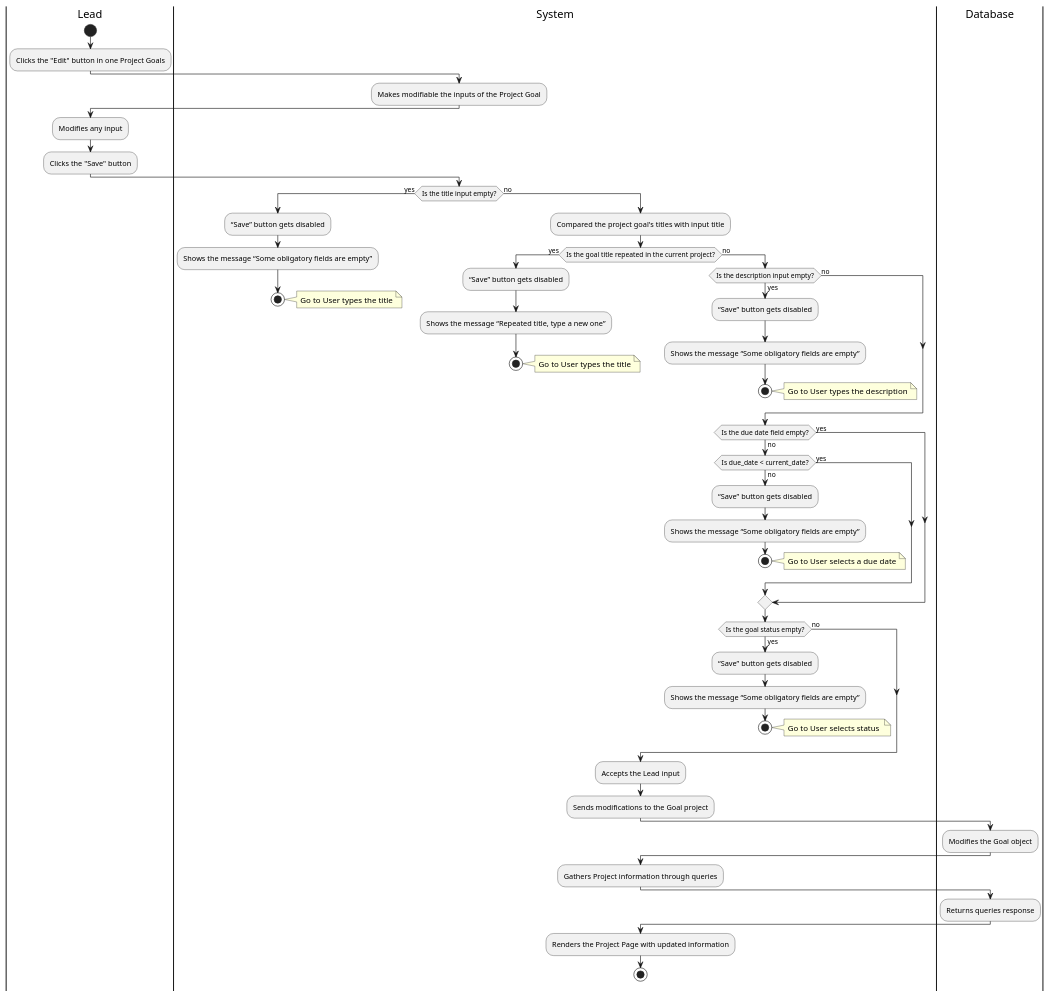
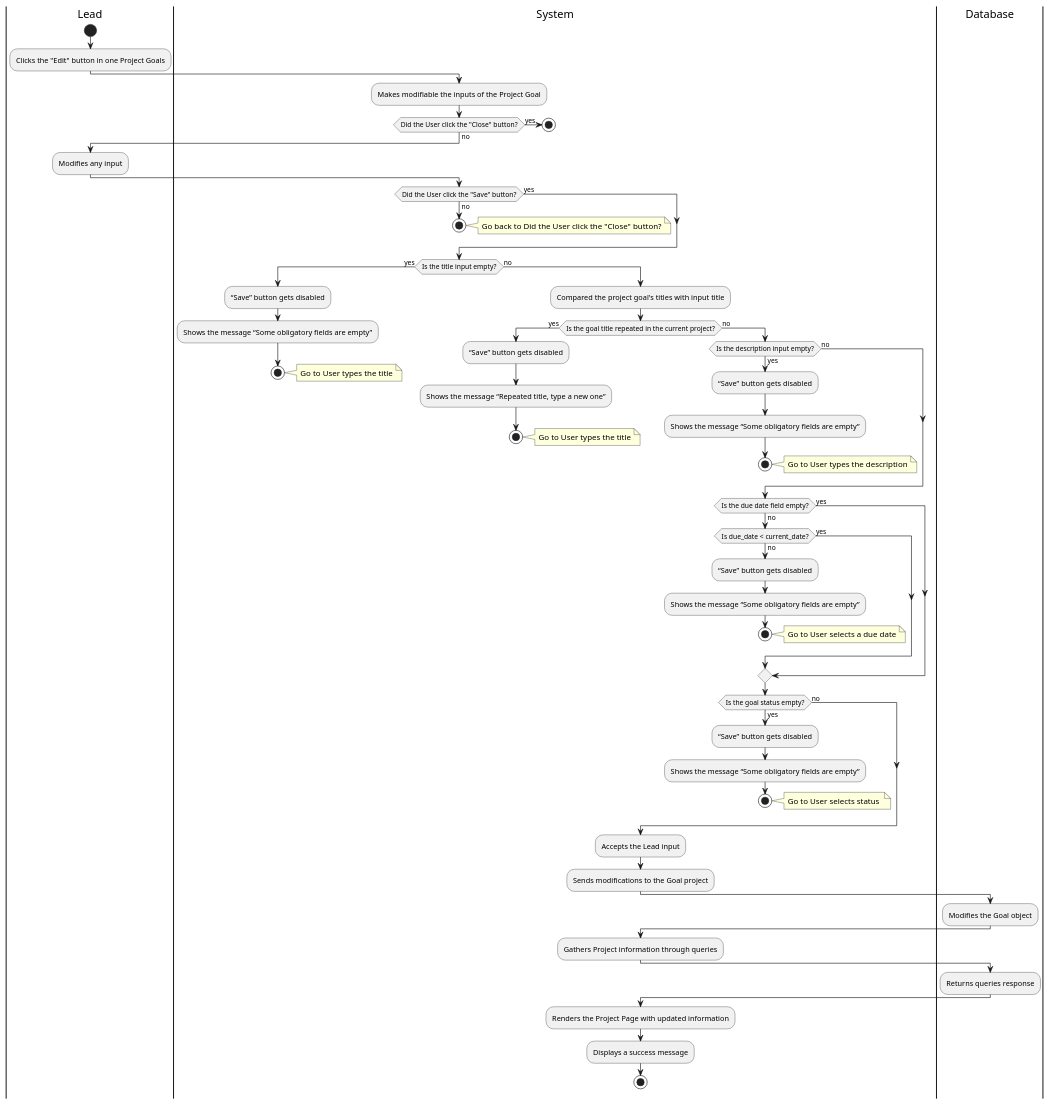
One commit to Berthou05/LimboSoftwareDevelopment_Change.org changed the diagram in documentation/activity_diagrams/PROJ-10-ActivityDiagram.puml. Above: the diagram before and after it, drawn with PlantUML. The commit also changed 8 other files, not shown here.

Commit message:
[DOCS]: Correction of Activity Diagrams. Addition of ADMIN-02 AD.

```diff
--- a/documentation/activity_diagrams/PROJ-10-ActivityDiagram.puml
+++ b/documentation/activity_diagrams/PROJ-10-ActivityDiagram.puml
@@ -1,83 +1,98 @@
 @startuml
 
 |Lead|
 start
 :Clicks the "Edit" button in one Project Goals;
 |System|
 :Makes modifiable the inputs of the Project Goal;
+if(Did the User click the "Close" button?) is (yes) then
+    stop
+else(no)
+end if
+
 |Lead|
 :Modifies any input;
-:Clicks the "Save" button;
+
+|System|
+if(Did the User click the "Save" button?) is (yes) then
+else(no)
+    stop
+    note right
+        Go back to Did the User click the "Close" button?
+    end note
+end if
+
 |System|
 if(Is the title input empty?) is (yes) then
     |System|
     :“Save” button gets disabled;
     :Shows the message “Some obligatory fields are empty”;
     stop
     note right
         Go to User types the title
     end note
 
 else(no)
     |System|
     :Compared the project goal's titles with input title;
     if(Is the goal title repeated in the current project?) is (yes) then
         |System|
         :“Save” button gets disabled;
         :Shows the message “Repeated title, type a new one”;
         stop
         note right
             Go to User types the title
         end note
     
     else(no)
         if(Is the description input empty?) is (yes) then
             |System|
             :“Save” button gets disabled;
             :Shows the message “Some obligatory fields are empty”;
             stop
             note right
                 Go to User types the description
             end note
         else(no)
         end if
             if(Is the due date field empty?) is (no) then
                 |System|
                 if(Is due_date < current_date?) is (no) then
                     |System|
                     :“Save” button gets disabled;
                     :Shows the message “Some obligatory fields are empty”;
                     stop
                     note right
                         Go to User selects a due date
                     end note
                 else(yes)
                 end if
             else(yes)
             end if
         if(Is the goal status empty?) is (yes) then
             |System|
             :“Save” button gets disabled;
             :Shows the message “Some obligatory fields are empty”;
             stop
             note right
                 Go to User selects status 
             end note
         else(no)
     end if
 end if
     |System|
     :Accepts the Lead input;
     :Sends modifications to the Goal project;
     |Database|
     :Modifies the Goal object;
     |System|
     :Gathers Project information through queries;
     |Database|
     :Returns queries response;
     |System|
     :Renders the Project Page with updated information;
+    :Displays a success message;
     stop
 
 
 @enduml
```
